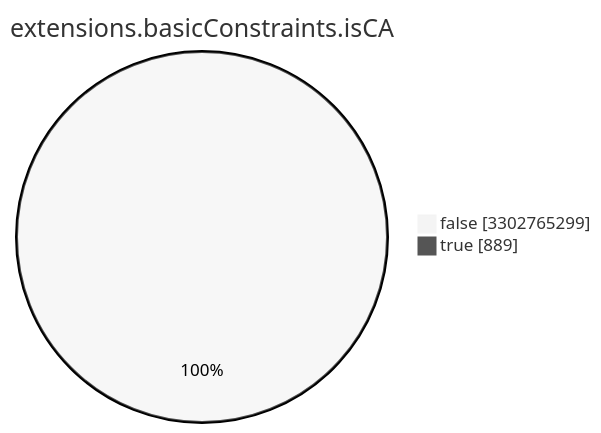
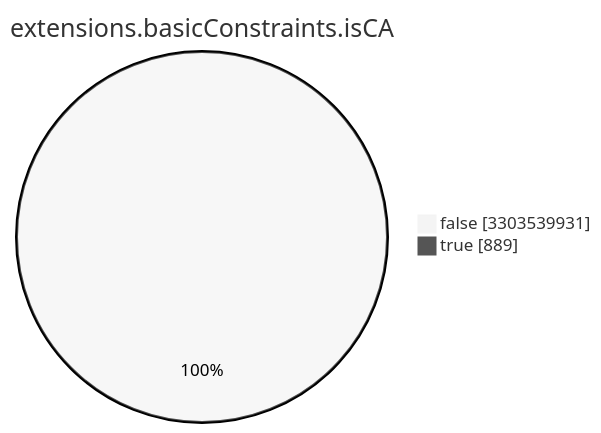
Before and after one commit to christiankrug/ctmonitor_visualization: the seventh of 15 diagrams in TOTAL/README.md, drawn with Mermaid (neutral theme). The commit also changed other lines of this file, not shown here.

````diff
--- a/TOTAL/README.md
+++ b/TOTAL/README.md
@@ -3089,6 +3089,6 @@
 ```mermaid
 pie showData
 title extensions.basicConstraints.isCA
-"false" :3302765299
+"false" :3303539931
 "true" :889
 ```
````
